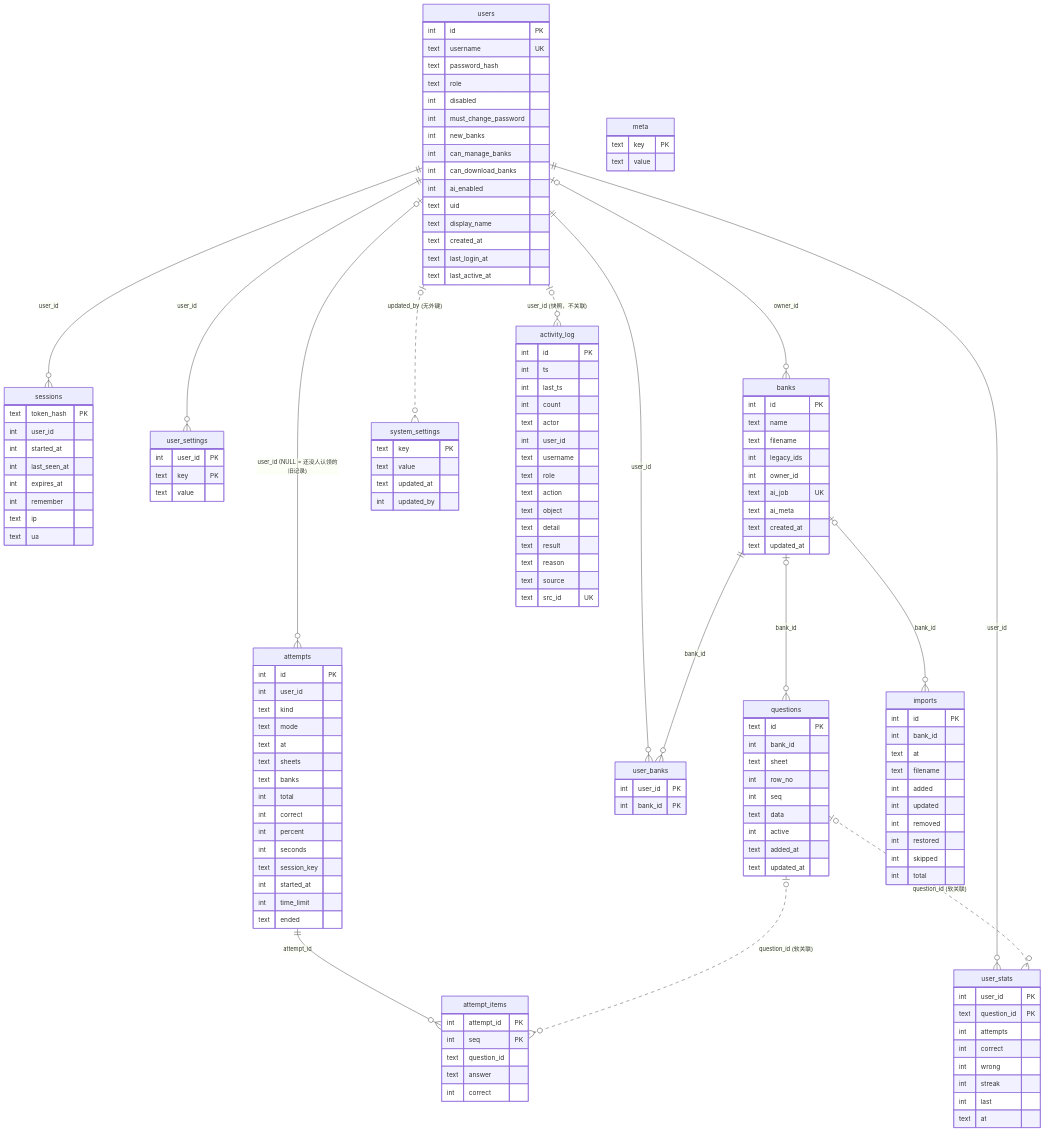
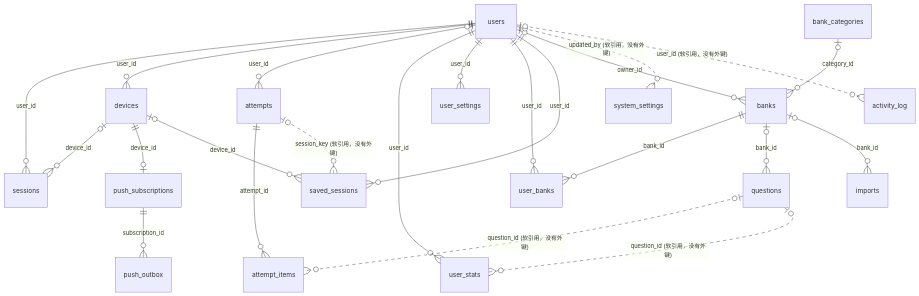
The ninth of 10 diagrams in docs/zh-CN/database.md (Yumin-Space/xexam), drawn with Mermaid before and after one commit. The commit also changed other lines of this file and 346 other files, not shown here.

````diff
--- a/docs/zh-CN/database.md
+++ b/docs/zh-CN/database.md
@@ -815,149 +1332,25 @@
 ```mermaid
 erDiagram
   users ||--o{ sessions : "user_id"
-  users |o--o{ attempts : "user_id (NULL = 还没人认领的旧记录)"
+  users ||--o{ devices : "user_id"
+  devices |o--o{ sessions : "device_id"
+  devices ||--o| push_subscriptions : "device_id"
+  push_subscriptions ||--o{ push_outbox : "subscription_id"
+  users |o--o{ attempts : "user_id"
   users ||--o{ user_stats : "user_id"
   users ||--o{ user_settings : "user_id"
   users ||--o{ user_banks : "user_id"
+  users ||--o{ saved_sessions : "user_id"
+  devices |o--o{ saved_sessions : "device_id"
   users |o--o{ banks : "owner_id"
-  users |o..o{ system_settings : "updated_by (无外键)"
-  users |o..o{ activity_log : "user_id (快照，不关联)"
+  bank_categories |o--o{ banks : "category_id"
   banks ||--o{ user_banks : "bank_id"
   banks |o--o{ questions : "bank_id"
   banks |o--o{ imports : "bank_id"
   attempts ||--o{ attempt_items : "attempt_id"
-  questions |o..o{ attempt_items : "question_id (软关联)"
-  questions |o..o{ user_stats : "question_id (软关联)"
-
-  users {
-    int id PK
-    text username UK
-    text password_hash
-    text role
-    int disabled
-    int must_change_password
-    int new_banks
-    int can_manage_banks
-    int can_download_banks
-    int ai_enabled
-    text uid
-    text display_name
-    text created_at
-    text last_login_at
-    text last_active_at
-  }
-  sessions {
-    text token_hash PK
-    int user_id
-    int started_at
-    int last_seen_at
-    int expires_at
-    int remember
-    text ip
-    text ua
-  }
-  banks {
-    int id PK
-    text name
-    text filename
-    int legacy_ids
-    int owner_id
-    text ai_job UK
-    text ai_meta
-    text created_at
-    text updated_at
-  }
-  questions {
-    text id PK
-    int bank_id
-    text sheet
-    int row_no
-    int seq
-    text data
-    int active
-    text added_at
-    text updated_at
-  }
-  imports {
-    int id PK
-    int bank_id
-    text at
-    text filename
-    int added
-    int updated
-    int removed
-    int restored
-    int skipped
-    int total
-  }
-  attempts {
-    int id PK
-    int user_id
-    text kind
-    text mode
-    text at
-    text sheets
-    text banks
-    int total
-    int correct
-    int percent
-    int seconds
-    text session_key
-    int started_at
-    int time_limit
-    text ended
-  }
-  attempt_items {
-    int attempt_id PK
-    int seq PK
-    text question_id
-    text answer
-    int correct
-  }
-  user_stats {
-    int user_id PK
-    text question_id PK
-    int attempts
-    int correct
-    int wrong
-    int streak
-    int last
-    text at
-  }
-  user_settings {
-    int user_id PK
-    text key PK
-    text value
-  }
-  user_banks {
-    int user_id PK
-    int bank_id PK
-  }
-  system_settings {
-    text key PK
-    text value
-    text updated_at
-    int updated_by
-  }
-  activity_log {
-    int id PK
-    int ts
-    int last_ts
-    int count
-    text actor
-    int user_id
-    text username
-    text role
-    text action
-    text object
-    text detail
-    text result
-    text reason
-    text source
-    text src_id UK
-  }
-  meta {
-    text key PK
-    text value
-  }
+  attempts |o..o{ saved_sessions : "session_key (软引用，没有外键)"
+  questions |o..o{ attempt_items : "question_id (软引用，没有外键)"
+  questions |o..o{ user_stats : "question_id (软引用，没有外键)"
+  users |o..o{ system_settings : "updated_by (软引用，没有外键)"
+  users |o..o{ activity_log : "user_id (软引用，没有外键)"
 ```
````
